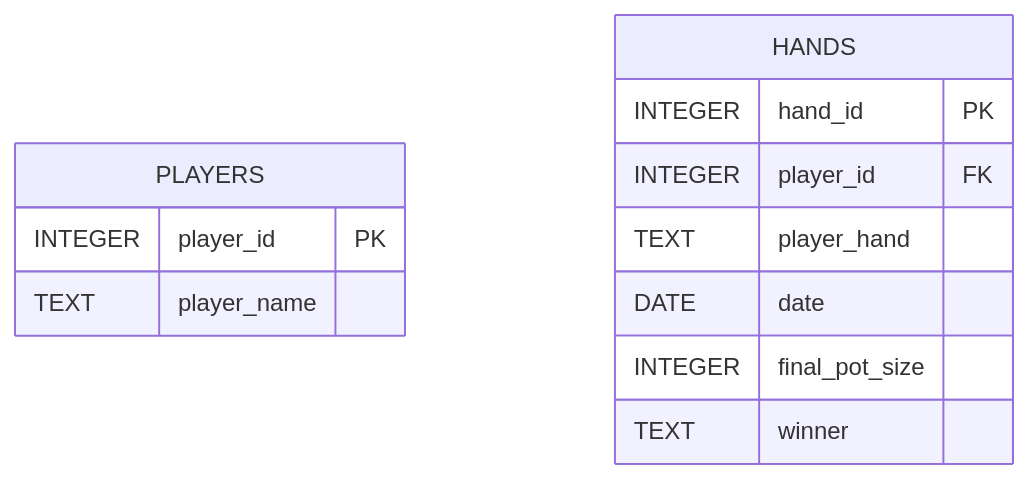
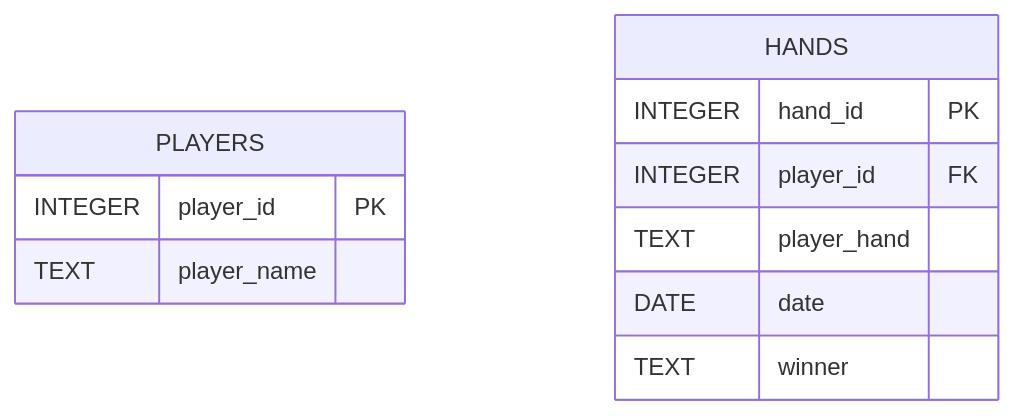
The second of 3 diagrams in README.md (mtm90/Poker-app), drawn with Mermaid before and after one commit.

Commit message:
removed pot size

````diff
--- a/README.md
+++ b/README.md
@@ -114,15 +114,14 @@
 ```mermaid
 erDiagram
     PLAYERS {
         INTEGER player_id PK
         TEXT player_name
     }
     HANDS {
         INTEGER hand_id PK
         INTEGER player_id FK
         TEXT player_hand
         DATE date
-        INTEGER final_pot_size
         TEXT winner
     }
 ```
````
